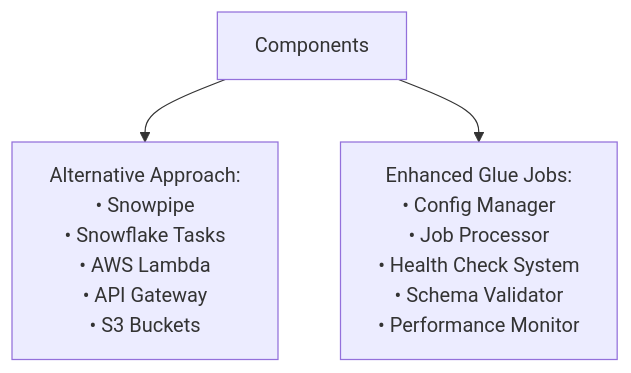
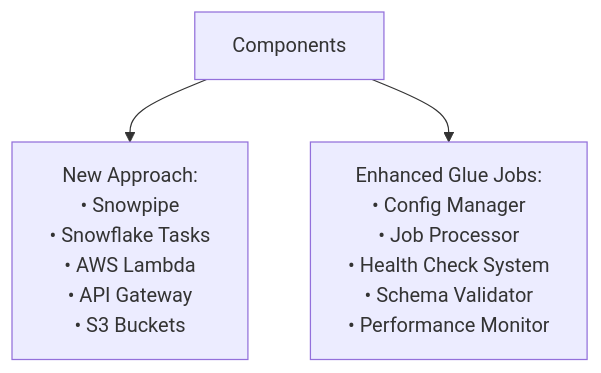
The fifth of 17 diagrams in mermaid.md (veronelazio/wezterm), drawn with Mermaid before and after one commit. The commit also changed other lines of this file, not shown here.

````diff
--- a/mermaid.md
+++ b/mermaid.md
@@ -68,5 +68,5 @@
 ```mermaid
 flowchart TD
-    C1["Components"] --> C2["Alternative Approach:<br/>• Snowpipe<br/>• Snowflake Tasks<br/>• AWS Lambda<br/>• API Gateway<br/>• S3 Buckets"]
+    C1["Components"] --> C2["New Approach:<br/>• Snowpipe<br/>• Snowflake Tasks<br/>• AWS Lambda<br/>• API Gateway<br/>• S3 Buckets"]
     C1 --> C3["Enhanced Glue Jobs:<br/>• Config Manager<br/>• Job Processor<br/>• Health Check System<br/>• Schema Validator<br/>• Performance Monitor"]
 ```
````
